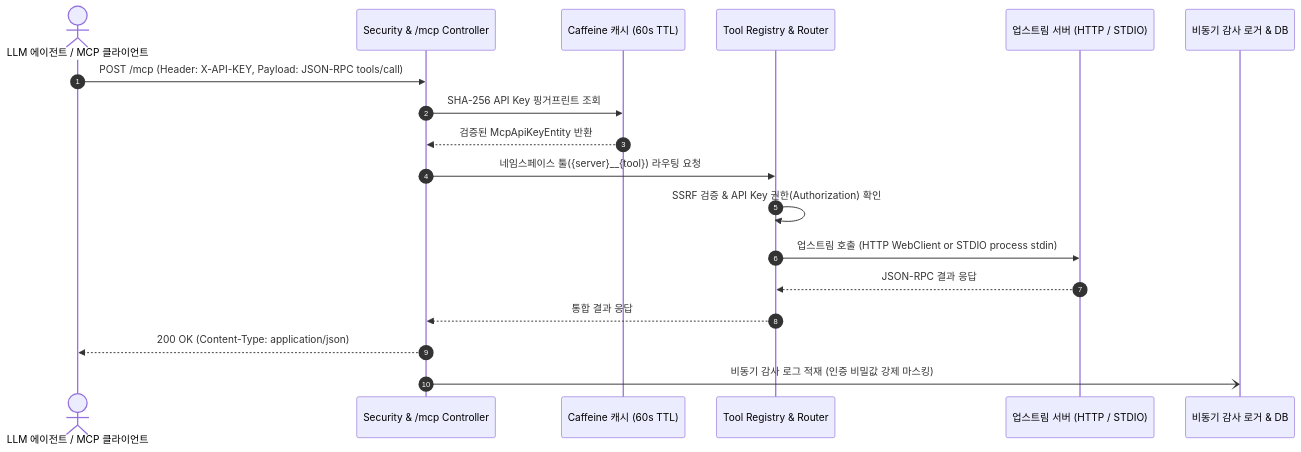
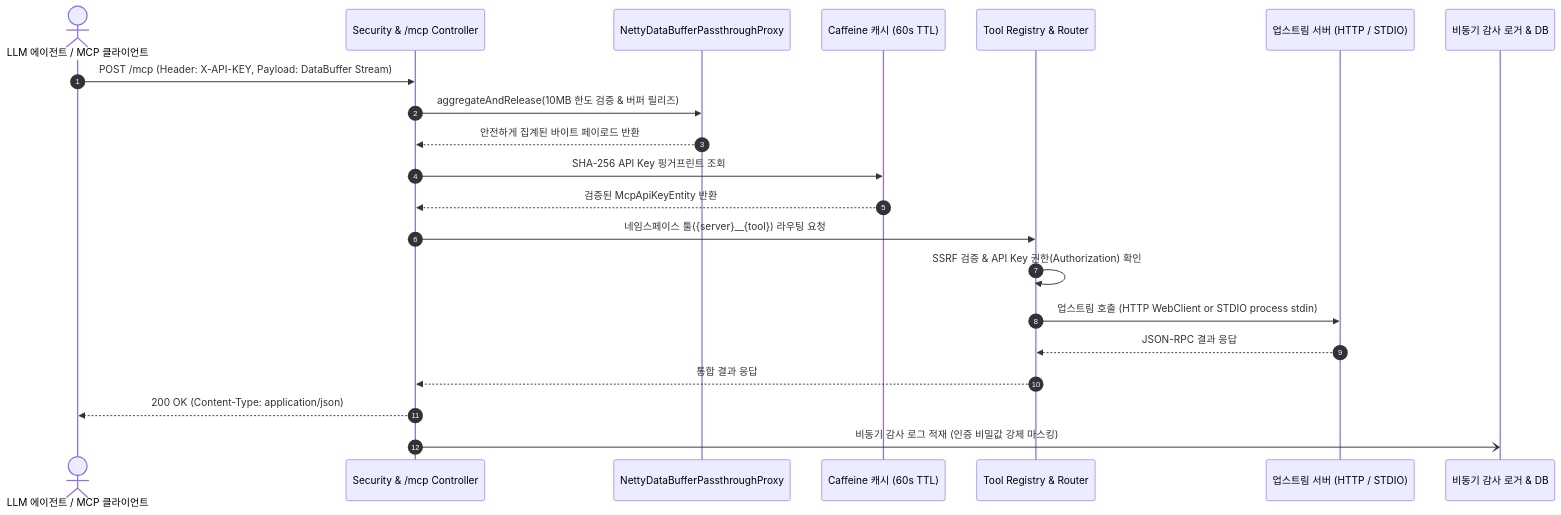
One commit to kspark-prj/spring-mcp-gateway changed the first of 2 diagrams in README.md. Above: the diagram before and after it, drawn with Mermaid. The commit also changed other lines of this file and 9 other files, not shown here.

Commit message:
고성능 Netty DataBuffer 파이프라인 및 메모리 누수 방어 업데이트

````diff
--- a/README.md
+++ b/README.md
@@ -46,21 +46,24 @@
 ```mermaid
 sequenceDiagram
     autonumber
     actor Client as LLM 에이전트 / MCP 클라이언트
     participant Gateway as Security & /mcp Controller
+    participant BufferProxy as NettyDataBufferPassthroughProxy
     participant Cache as Caffeine 캐시 (60s TTL)
     participant Router as Tool Registry & Router
     participant Upstream as 업스트림 서버 (HTTP / STDIO)
     participant Audit as 비동기 감사 로거 & DB
 
-    Client->>Gateway: POST /mcp (Header: X-API-KEY, Payload: JSON-RPC tools/call)
+    Client->>Gateway: POST /mcp (Header: X-API-KEY, Payload: DataBuffer Stream)
+    Gateway->>BufferProxy: aggregateAndRelease(10MB 한도 검증 & 버퍼 릴리즈)
+    BufferProxy-->>Gateway: 안전하게 집계된 바이트 페이로드 반환
     Gateway->>Cache: SHA-256 API Key 핑거프린트 조회
     Cache-->>Gateway: 검증된 McpApiKeyEntity 반환
     Gateway->>Router: 네임스페이스 툴({server}__{tool}) 라우팅 요청
     Router->>Router: SSRF 검증 & API Key 권한(Authorization) 확인
     Router->>Upstream: 업스트림 호출 (HTTP WebClient or STDIO process stdin)
     Upstream-->>Router: JSON-RPC 결과 응답
     Router-->>Gateway: 통합 결과 응답
     Gateway-->>Client: 200 OK (Content-Type: application/json)
     Gateway-)Audit: 비동기 감사 로그 적재 (인증 비밀값 강제 마스킹)
 ```
````
